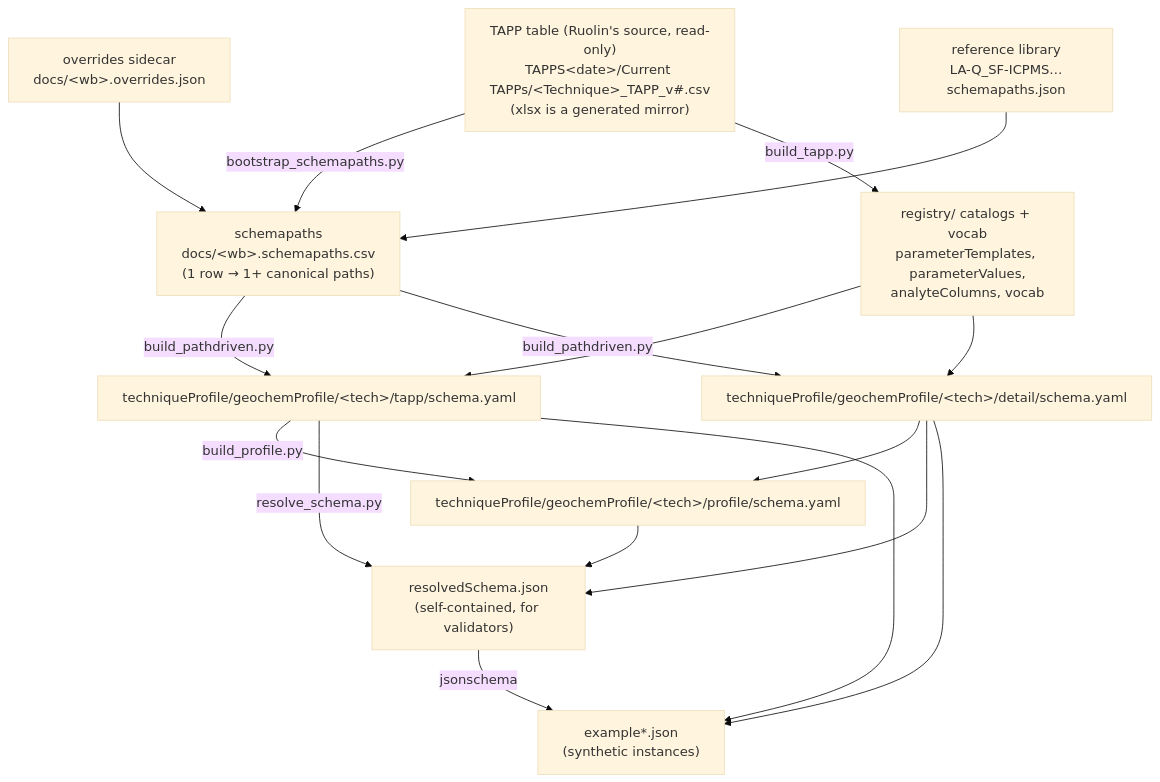
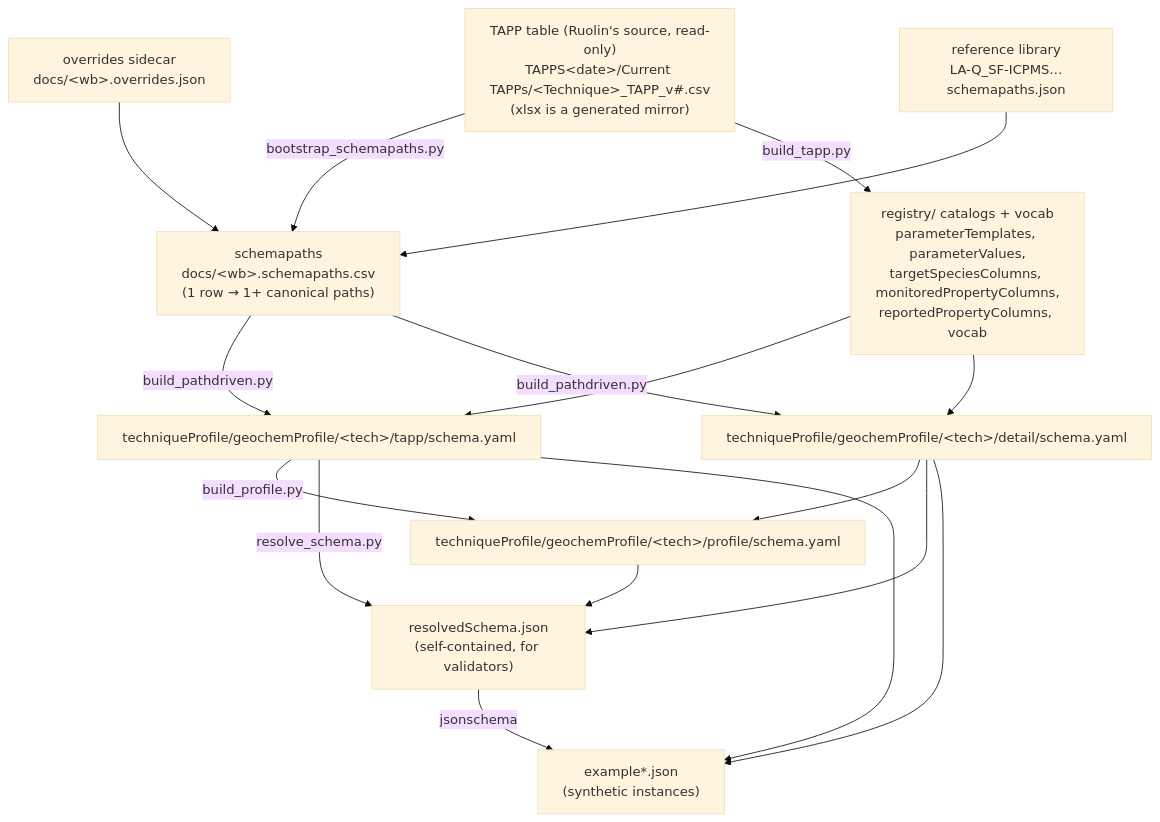
The diagram in docs/TAPP-schema-generation-workflow.md (amds-ldeo/geochemBuildingBlocks), drawn with Mermaid (base theme) before and after one commit. The commit also changed other lines of this file and 19 other files, not shown here.

````diff
--- a/docs/TAPP-schema-generation-workflow.md
+++ b/docs/TAPP-schema-generation-workflow.md
@@ -27,30 +27,30 @@
 ```mermaid
 flowchart TD
     XLSX["TAPP table (Ruolin's source, read-only)<br/>TAPPS&lt;date&gt;/Current TAPPs/&lt;Technique&gt;_TAPP_v#.csv<br/>(xlsx is a generated mirror)"]
     OV["overrides sidecar<br/>docs/&lt;wb&gt;.overrides.json"]
     LIB["reference library<br/>LA-Q_SF-ICPMS…schemapaths.json"]
     SP["schemapaths<br/>docs/&lt;wb&gt;.schemapaths.csv<br/>(1 row → 1+ canonical paths)"]
-    REG["registry/ catalogs + vocab<br/>parameterTemplates, parameterValues,<br/>analyteColumns, vocab"]
+    REG["registry/ catalogs + vocab<br/>parameterTemplates, parameterValues,<br/>targetSpeciesColumns, monitoredPropertyColumns,<br/>reportedPropertyColumns, vocab"]
     TAPP["techniqueProfile/geochemProfile/&lt;tech&gt;/tapp/schema.yaml"]
     DET["techniqueProfile/geochemProfile/&lt;tech&gt;/detail/schema.yaml"]
     PROF["techniqueProfile/geochemProfile/&lt;tech&gt;/profile/schema.yaml"]
     RES["resolvedSchema.json<br/>(self-contained, for validators)"]
     EX["example*.json<br/>(synthetic instances)"]
 
     XLSX -->|bootstrap_schemapaths.py| SP
     OV --> SP
     LIB --> SP
     XLSX -->|build_tapp.py| REG
     SP -->|build_pathdriven.py| TAPP
     SP -->|build_pathdriven.py| DET
     REG --> TAPP
     REG --> DET
     TAPP -->|build_profile.py| PROF
     DET --> PROF
     TAPP -->|resolve_schema.py| RES
     DET --> RES
     PROF --> RES
     TAPP --> EX
     DET --> EX
     RES -->|jsonschema| EX
 ```
````
